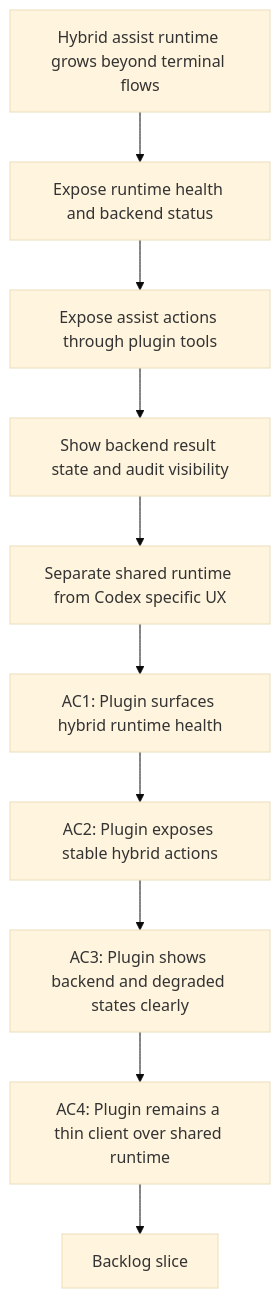
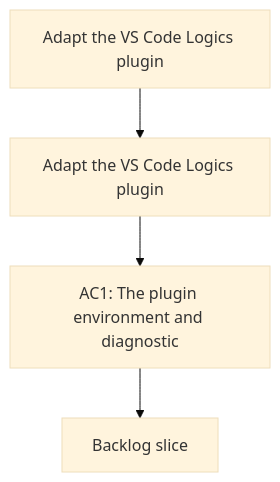
Before and after one commit to AlexAgo83/logics-manager: the diagram in logics/request/req_095_adapt_the_vs_code_logics_plugin_to_expose_hybrid_assist_runtime_status_actions_audit_and_cross_agent_messaging.md, drawn with Mermaid (base theme). The commit also changed 481 other files, not shown here.

````diff
--- a/logics/request/req_095_adapt_the_vs_code_logics_plugin_to_expose_hybrid_assist_runtime_status_actions_audit_and_cross_agent_messaging.md
+++ b/logics/request/req_095_adapt_the_vs_code_logics_plugin_to_expose_hybrid_assist_runtime_status_actions_audit_and_cross_agent_messaging.md
@@ -46,14 +46,8 @@
 ```mermaid
 %% logics-kind: request
 %% logics-signature: request|adapt-the-vs-code-logics-plugin-to-expos|adapt-the-vs-code-logics-plugin|ac1-the-plugin-environment-and-diagnosti
 flowchart TD
-    Trigger[Hybrid assist runtime grows beyond terminal flows] --> Status[Expose runtime health and backend status]
-    Status --> Actions[Expose assist actions through plugin tools]
-    Actions --> Audit[Show backend result state and audit visibility]
-    Audit --> Messaging[Separate shared runtime from Codex specific UX]
-    Messaging --> AC1[AC1: Plugin surfaces hybrid runtime health]
-    AC1 --> AC2[AC2: Plugin exposes stable hybrid actions]
-    AC2 --> AC3[AC3: Plugin shows backend and degraded states clearly]
-    AC3 --> AC4[AC4: Plugin remains a thin client over shared runtime]
-    AC4 --> Backlog[Backlog slice]
+    Trigger[Adapt the VS Code Logics plugin] --> Need[Adapt the VS Code Logics plugin]
+    Need --> Outcome[AC1: The plugin environment and diagnostic]
+    Outcome --> Backlog[Backlog slice]
 ```
````
